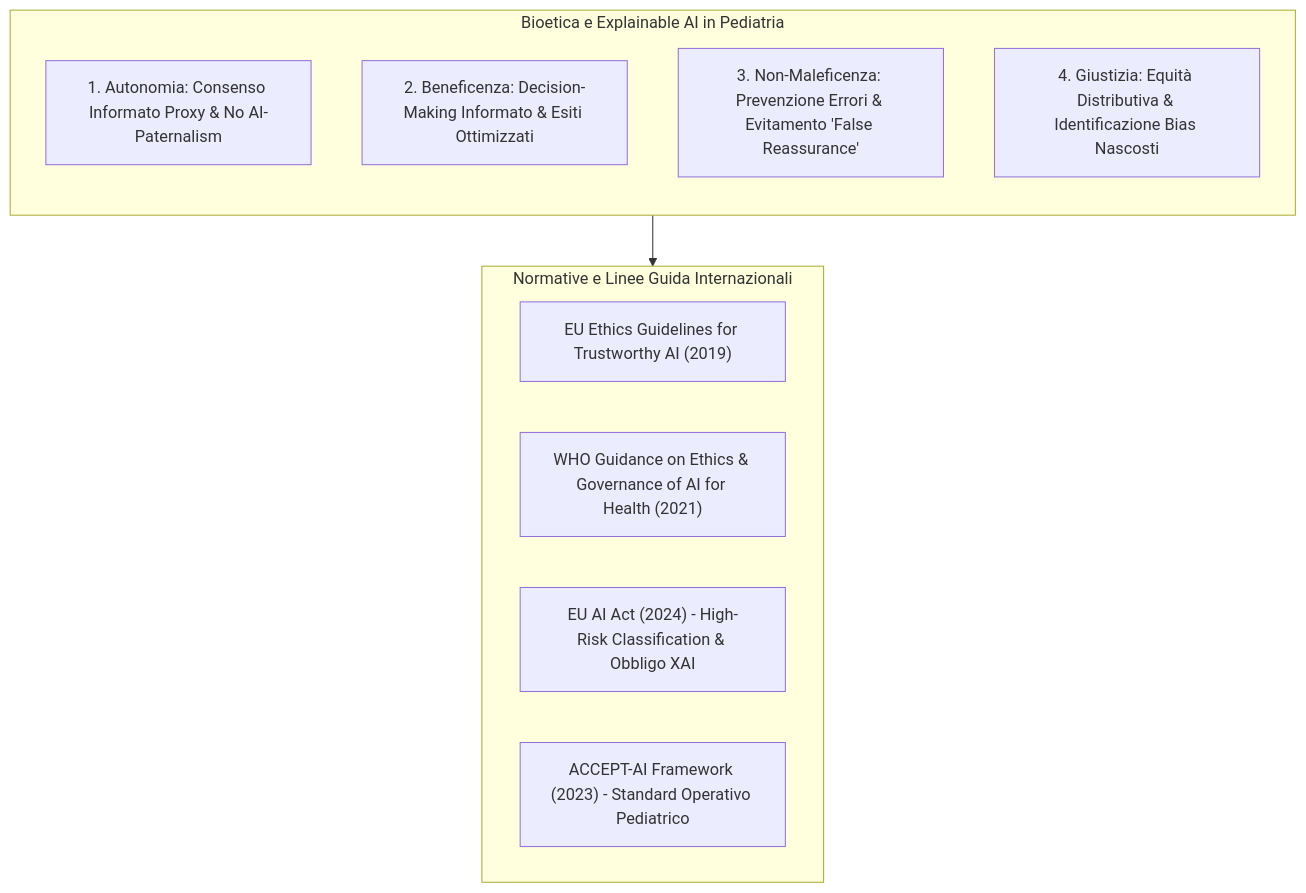
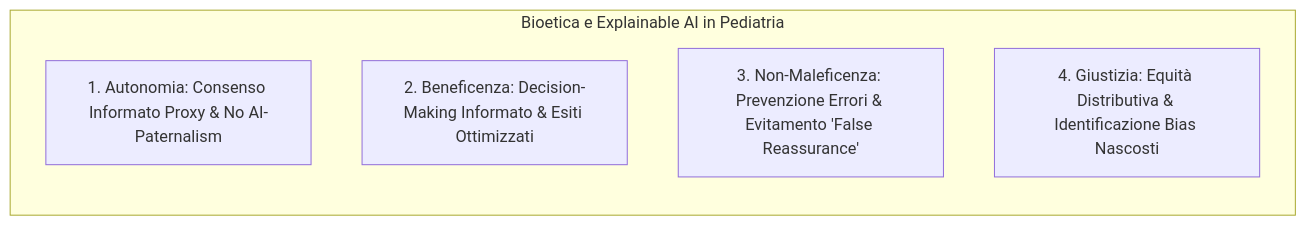
Before and after one commit to andreaferrari7-star/andreaferrari.github.io: the diagram in content/concetti/accept-ai-and-pediatric-ethical-frameworks.md, drawn with Mermaid. The commit also changed other lines of this file and 340 other files, not shown here.

````diff
--- a/content/concetti/accept-ai-and-pediatric-ethical-frameworks.md
+++ b/content/concetti/accept-ai-and-pediatric-ethical-frameworks.md
@@ -12,19 +21,11 @@
 ```mermaid
 flowchart TD
     subgraph BioethicsPillars ["Bioetica e Explainable AI in Pediatria"]
         direction TB
         A1["1. Autonomia: Consenso Informato Proxy & No AI-Paternalism"]
         A2["2. Beneficenza: Decision-Making Informato & Esiti Ottimizzati"]
         A3["3. Non-Maleficenza: Prevenzione Errori & Evitamento 'False Reassurance'"]
         A4["4. Giustizia: Equità Distributiva & Identificazione Bias Nascosti"]
     end
-
-    subgraph LegalReg ["Normative e Linee Guida Internazionali"]
-        L1["EU Ethics Guidelines for Trustworthy AI (2019)"]
-        L2["WHO Guidance on Ethics & Governance of AI for Health (2021)"]
-        L3["EU AI Act (2024) - High-Risk Classification & Obbligo XAI"]
-        L4["ACCEPT-AI Framework (2023) - Standard Operativo Pediatrico"]
-    end
-
-    BioethicsPillars --> LegalReg
+    BioethicsPillars
 ```
````
